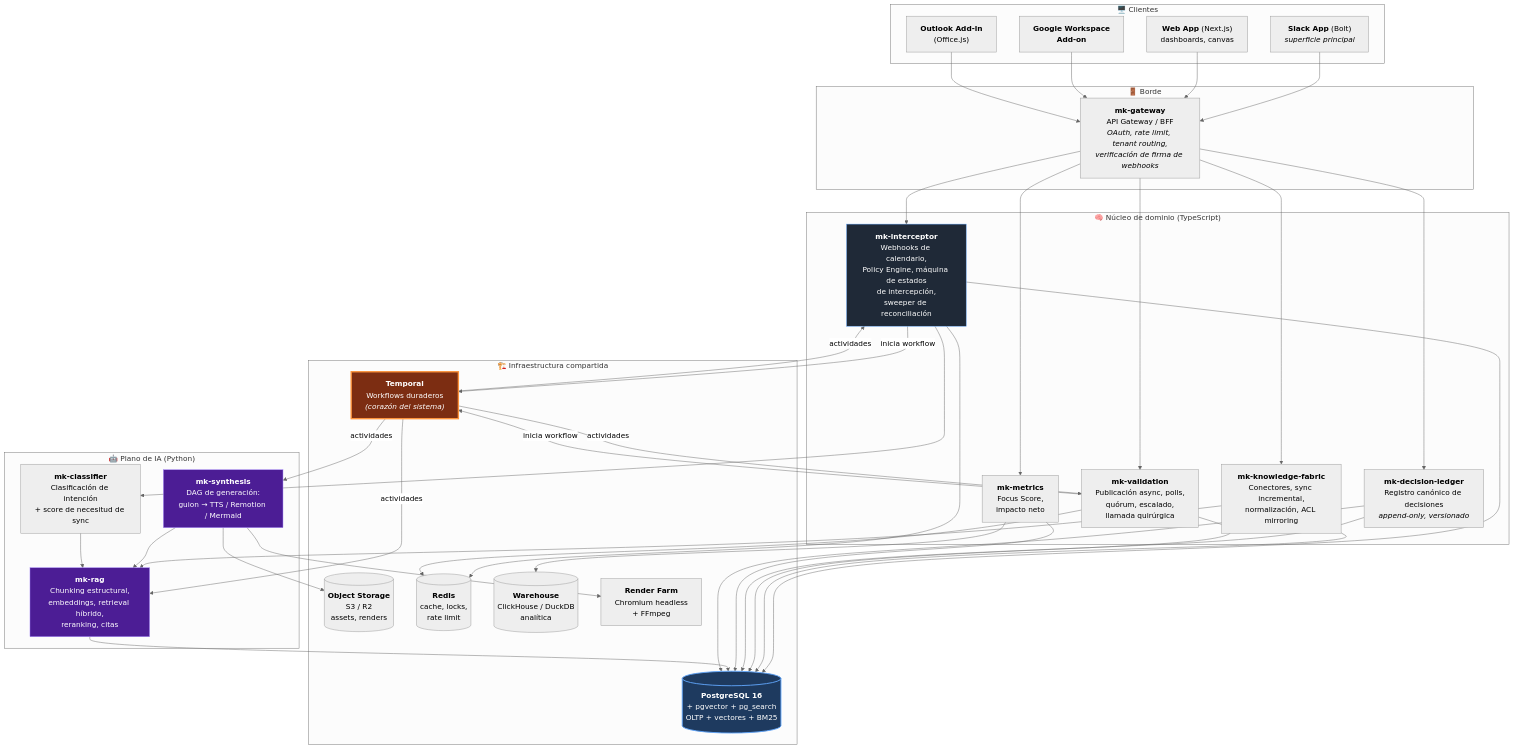
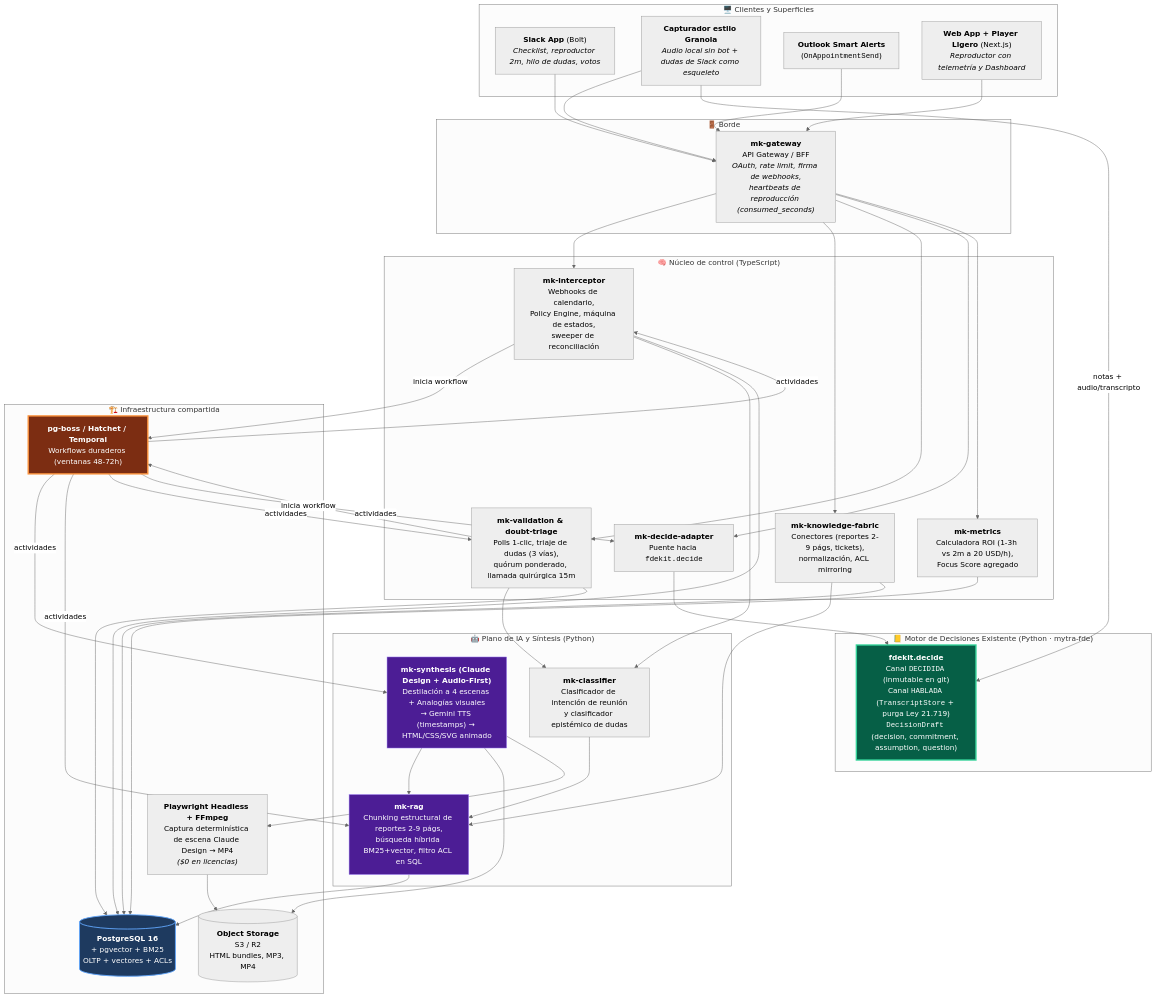
One commit to esstipi-debug/mellon changed the second of 6 diagrams in docs/meeting-killer-os-arquitectura.md. Above: the diagram before and after it, drawn with Mermaid (neutral theme). The commit also changed other lines of this file, not shown here.

Commit message:
docs: actualizar diagramas C4, secuencia, maquina de estados y pseudocodigo con video simple 2m, triaje 3 vias y Granola + fdekit.decide

````diff
--- a/docs/meeting-killer-os-arquitectura.md
+++ b/docs/meeting-killer-os-arquitectura.md
@@ -167,65 +161,64 @@
 ```mermaid
 graph TB
     subgraph Edge["🚪 Borde"]
-        GW["<b>mk-gateway</b><br/>API Gateway / BFF<br/><i>OAuth, rate limit, tenant routing,<br/>verificaci&oacute;n de firma de webhooks</i>"]
+        GW["<b>mk-gateway</b><br/>API Gateway / BFF<br/><i>OAuth, rate limit, firma de webhooks,<br/>heartbeats de reproducción (consumed_seconds)</i>"]
     end
 
-    subgraph Core["🧠 Núcleo de dominio (TypeScript)"]
-        INT["<b>mk-interceptor</b><br/>Webhooks de calendario,<br/>Policy Engine, máquina de estados<br/>de intercepción,<br/>sweeper de reconciliación"]
-        KF["<b>mk-knowledge-fabric</b><br/>Conectores, sync incremental,<br/>normalización, ACL mirroring"]
-        VAL["<b>mk-validation</b><br/>Publicación async, polls,<br/>quórum, escalado,<br/>llamada quirúrgica"]
-        LEDGER["<b>mk-decision-ledger</b><br/>Registro canónico de decisiones<br/><i>append-only, versionado</i>"]
-        MET["<b>mk-metrics</b><br/>Focus Score,<br/>impacto neto"]
+    subgraph Core["🧠 Núcleo de control (TypeScript)"]
+        INT["<b>mk-interceptor</b><br/>Webhooks de calendario,<br/>Policy Engine, máquina de estados,<br/>sweeper de reconciliación"]
+        KF["<b>mk-knowledge-fabric</b><br/>Conectores (reportes 2-9 págs, tickets),<br/>normalización, ACL mirroring"]
+        VAL["<b>mk-validation & doubt-triage</b><br/>Polls 1-clic, triaje de dudas (3 vías),<br/>quórum ponderado, llamada quirúrgica 15m"]
+        ADAPT["<b>mk-decide-adapter</b><br/>Puente hacia <code>fdekit.decide</code>"]
+        MET["<b>mk-metrics</b><br/>Calculadora ROI (1-3h vs 2m a 20 USD/h),<br/>Focus Score agregado"]
     end
 
-    subgraph AI["🤖 Plano de IA (Python)"]
-        RAG["<b>mk-rag</b><br/>Chunking estructural,<br/>embeddings, retrieval híbrido,<br/>reranking, citas"]
-        SYN["<b>mk-synthesis</b><br/>DAG de generación:<br/>guion → TTS / Remotion / Mermaid"]
-        CLS["<b>mk-classifier</b><br/>Clasificación de intención<br/>+ score de necesitud de sync"]
+    subgraph DecideEngine["📒 Motor de Decisiones Existente (Python · mytra-fde)"]
+        DECIDE["<b>fdekit.decide</b><br/>Canal <code>DECIDIDA</code> (inmutable en git)<br/>Canal <code>HABLADA</code> (<code>TranscriptStore</code> + purga Ley 21.719)<br/><code>DecisionDraft</code> (decision, commitment, assumption, question)"]
+    end
+
+    subgraph AI["🤖 Plano de IA y Síntesis (Python)"]
+        RAG["<b>mk-rag</b><br/>Chunking estructural de reportes 2-9 págs,<br/>búsqueda híbrida BM25+vector, filtro ACL en SQL"]
+        SYN["<b>mk-synthesis (Claude Design + Audio-First)</b><br/>Destilación a 4 escenas + Analogías visuales<br/>→ Gemini TTS (timestamps) → HTML/CSS/SVG animado"]
+        CLS["<b>mk-classifier</b><br/>Clasificador de intención de reunión<br/>y clasificador epistémico de dudas"]
     end
 
     subgraph Infra["🏗️ Infraestructura compartida"]
-        TEMP["<b>Temporal</b><br/>Workflows duraderos<br/><i>(corazón del sistema)</i>"]
-        PG[("<b>PostgreSQL 16</b><br/>+ pgvector + pg_search<br/>OLTP + vectores + BM25")]
-        S3[("<b>Object Storage</b><br/>S3 / R2<br/>assets, renders")]
-        REDIS[("<b>Redis</b><br/>cache, locks,<br/>rate limit")]
-        WH[("<b>Warehouse</b><br/>ClickHouse / DuckDB<br/>analítica")]
-        RENDER["<b>Render Farm</b><br/>Chromium headless<br/>+ FFmpeg"]
+        ORCH["<b>pg-boss / Hatchet / Temporal</b><br/>Workflows duraderos (ventanas 48-72h)"]
+        PG[("<b>PostgreSQL 16</b><br/>+ pgvector + BM25<br/>OLTP + vectores + ACLs")]
+        S3[("<b>Object Storage</b><br/>S3 / R2<br/>HTML bundles, MP3, MP4")]
+        PW["<b>Playwright Headless + FFmpeg</b><br/>Captura determinística de escena Claude Design → MP4<br/><i>($0 en licencias)</i>"]
     end
 
-    subgraph Clients["🖥️ Clientes"]
-        SLACKAPP["<b>Slack App</b> (Bolt)<br/><i>superficie principal</i>"]
-        WEBAPP["<b>Web App</b> (Next.js)<br/>dashboards, canvas"]
-        GADDON["<b>Google Workspace<br/>Add-on</b>"]
-        OADDIN["<b>Outlook Add-in</b><br/>(Office.js)"]
+    subgraph Clients["🖥️ Clientes y Superficies"]
+        SLACKAPP["<b>Slack App</b> (Bolt)<br/><i>Checklist, reproductor 2m, hilo de dudas, votos</i>"]
+        GRANOLA_CL["<b>Capturador estilo Granola</b><br/><i>Audio local sin bot + dudas de Slack como esqueleto</i>"]
+        OADDIN["<b>Outlook Smart Alerts</b><br/>(<code>OnAppointmentSend</code>)"]
+        WEBAPP["<b>Web App + Player Ligero</b> (Next.js)<br/><i>Reproductor con telemetría y Dashboard</i>"]
     end
 
-    SLACKAPP --> GW
-    WEBAPP --> GW
-    GADDON --> GW
-    OADDIN --> GW
-    GW --> INT & KF & VAL & LEDGER & MET
+    SLACKAPP & GRANOLA_CL & OADDIN & WEBAPP --> GW
+    GW --> INT & KF & VAL & ADAPT & MET
 
-    INT -->|"inicia workflow"| TEMP
-    VAL -->|"inicia workflow"| TEMP
-    TEMP -->|"actividades"| SYN & RAG & VAL & INT
+    INT & VAL -->|"inicia workflow"| ORCH
+    ORCH -->|"actividades"| SYN & RAG & VAL & INT & ADAPT
 
     KF --> RAG
     SYN --> RAG
-    INT --> CLS
+    INT & VAL --> CLS
     CLS --> RAG
 
-    INT & KF & VAL & LEDGER & MET --> PG
+    ADAPT --> DECIDE
+    GRANOLA_CL -->|"notas + audio/transcripto"| DECIDE
+
+    INT & KF & VAL & MET --> PG
     RAG --> PG
     SYN --> S3
-    SYN --> RENDER
-    INT & VAL --> REDIS
-    MET --> WH
-    LEDGER --> PG
+    SYN --> PW
+    PW --> S3
 
-    style TEMP fill:#7c2d12,stroke:#fb923c,stroke-width:3px,color:#fff
+    style ORCH fill:#7c2d12,stroke:#fb923c,stroke-width:3px,color:#fff
+    style DECIDE fill:#065f46,stroke:#34d399,stroke-width:3px,color:#fff
     style PG fill:#1e3a5f,stroke:#60a5fa,stroke-width:2px,color:#fff
     style SYN fill:#4c1d95,stroke:#a78bfa,color:#fff
     style RAG fill:#4c1d95,stroke:#a78bfa,color:#fff
-    style INT fill:#1f2937,stroke:#60a5fa,color:#fff
 ```
````
